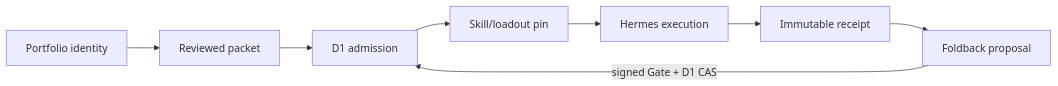
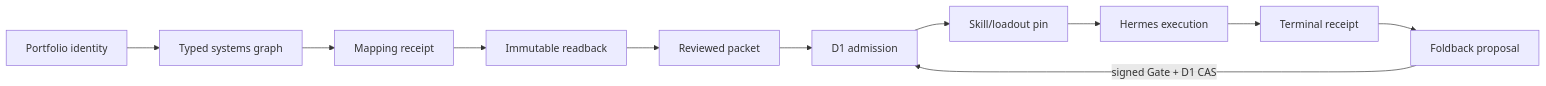
The diagram in INTEGRATION.md (Sheshiyer/cambium), drawn with Mermaid before and after one commit. The commit also changed other lines of this file and 97 other files, not shown here.

````diff
--- a/INTEGRATION.md
+++ b/INTEGRATION.md
@@ -23,10 +23,13 @@
 ```mermaid
 flowchart LR
-  A["Portfolio identity"] --> B["Reviewed packet"]
+  A["Portfolio identity"] --> S["Typed systems graph"]
+  S --> M["Mapping receipt"]
+  M --> R["Immutable readback"]
+  R --> B["Reviewed packet"]
   B --> C["D1 admission"]
   C --> D["Skill/loadout pin"]
   D --> E["Hermes execution"]
-  E --> F["Immutable receipt"]
+  E --> F["Terminal receipt"]
   F --> G["Foldback proposal"]
   G -->|"signed Gate + D1 CAS"| C
 ```
````
